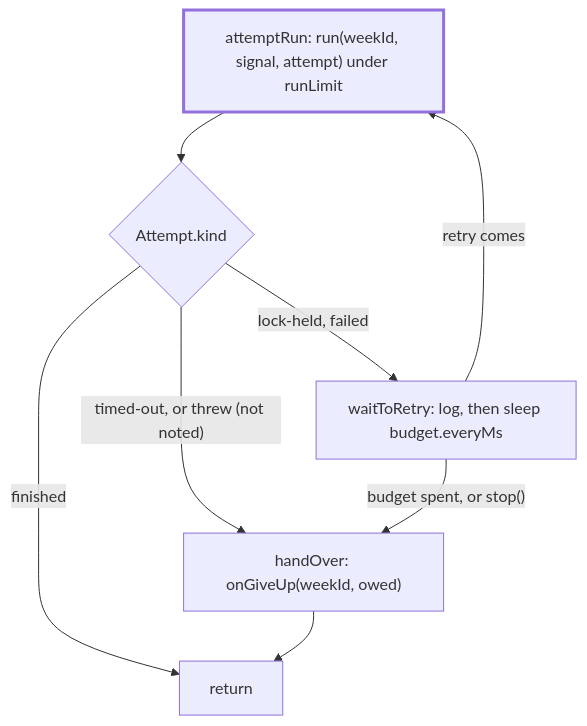
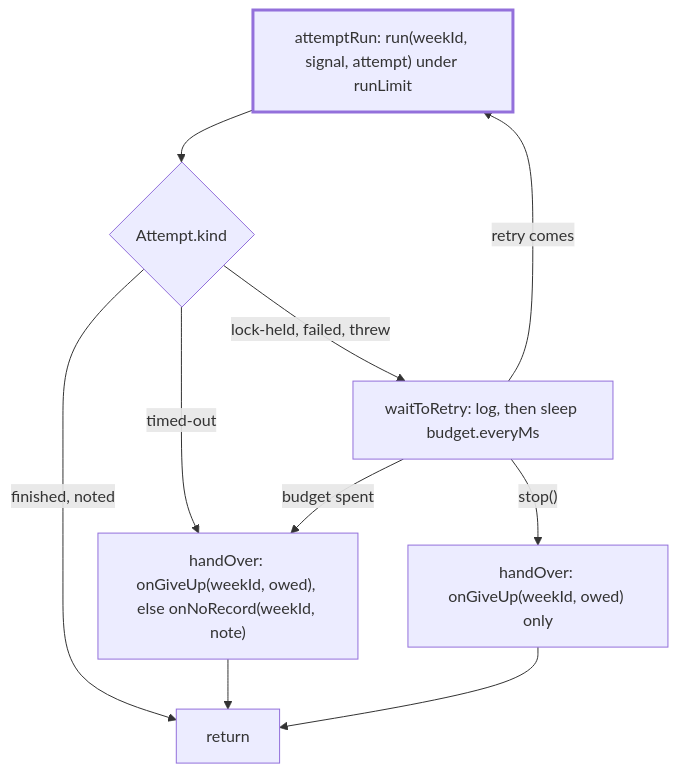
The diagram in src/scheduler/retry/CLAUDE.md (odere-pro/weekly-engineering-digest-agent), drawn with Mermaid before and after one commit. The commit also changed other lines of this file and 72 other files, not shown here.

````diff
--- a/src/scheduler/retry/CLAUDE.md
+++ b/src/scheduler/retry/CLAUDE.md
@@ -9,10 +10,11 @@
 ```mermaid
 flowchart TD
   attempt["attemptRun: run(weekId, signal, attempt) under runLimit"]:::focus --> kind{"Attempt.kind"}
-  kind -->|finished| done[return]
-  kind -->|"timed-out, or threw (not noted)"| hand["handOver: onGiveUp(weekId, owed)"] --> done
-  kind -->|"lock-held, failed"| wait["waitToRetry: log, then sleep budget.everyMs"]
+  kind -->|"finished, noted"| done[return]
+  kind -->|timed-out| hand["handOver: onGiveUp(weekId, owed), else onNoRecord(weekId, note)"] --> done
+  kind -->|"lock-held, failed, threw"| wait["waitToRetry: log, then sleep budget.everyMs"]
   wait -->|"retry comes"| attempt
-  wait -->|"budget spent, or stop()"| hand
+  wait -->|"budget spent"| hand
+  wait -->|"stop()"| held["handOver: onGiveUp(weekId, owed) only"] --> done
   classDef focus stroke-width:3px
 ```
````
